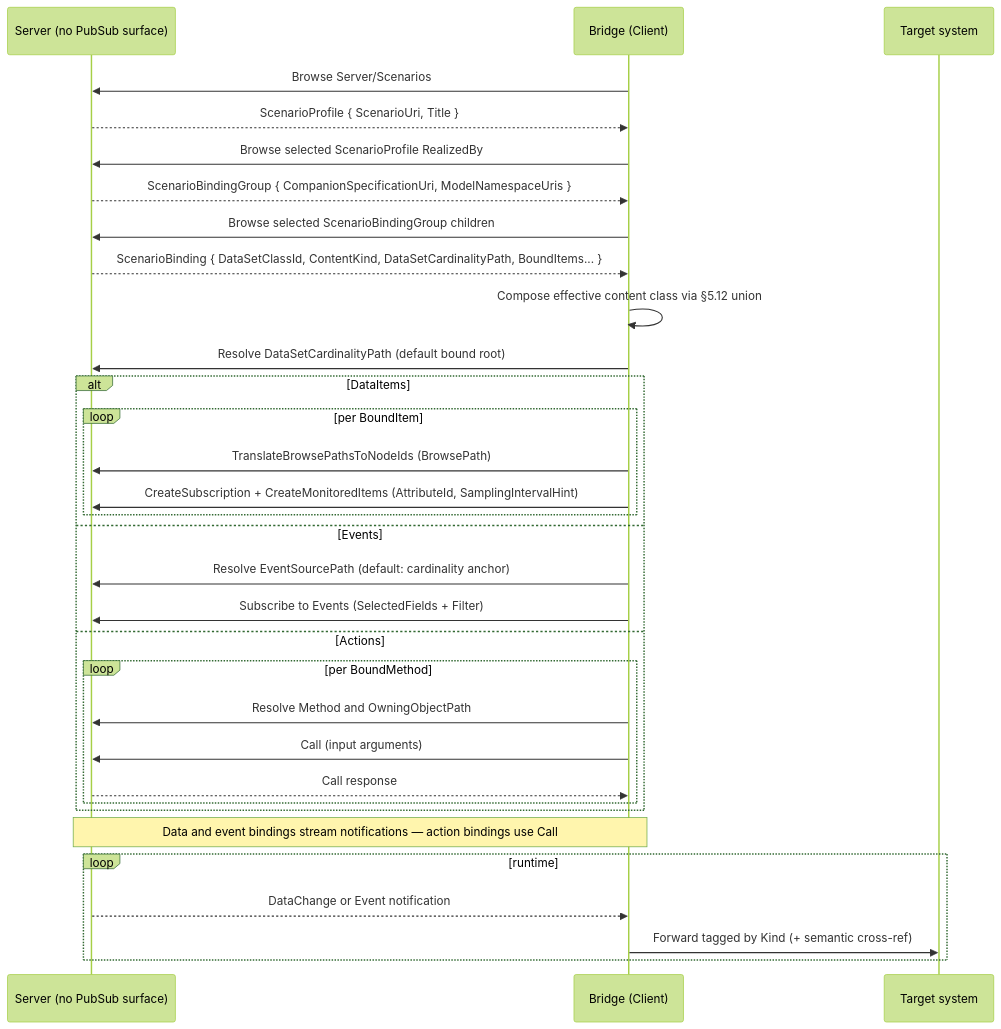
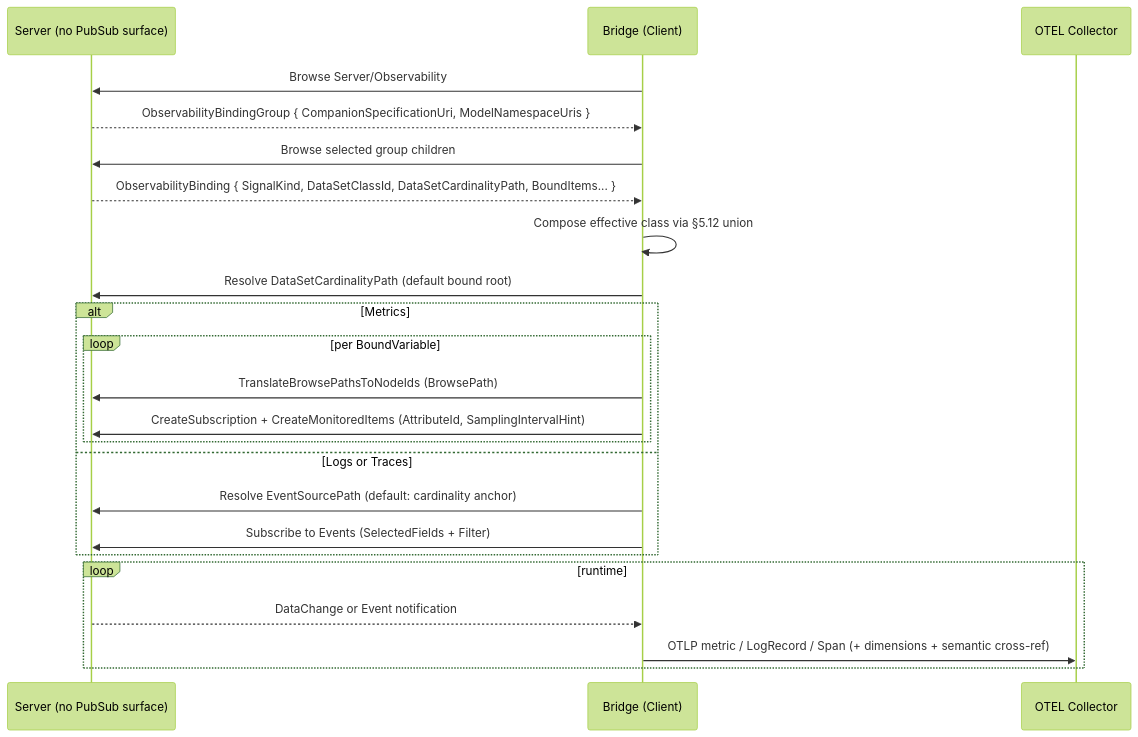
The fourth of 5 diagrams in core-specs/observability-export/OPC-UA-Observability-Export.md (marcschier/opcua-drafts), drawn with Mermaid (forest theme) before and after one commit. The commit also changed other lines of this file and 3 other files, not shown here.

````diff
--- a/core-specs/observability-export/OPC-UA-Observability-Export.md
+++ b/core-specs/observability-export/OPC-UA-Observability-Export.md
@@ -548,34 +438,25 @@
 ```mermaid
 sequenceDiagram
   participant S as Server (no PubSub surface)
   participant B as Bridge (Client)
-  participant X as Target system
-  B->>S: Browse Server/Scenarios
-  S-->>B: ScenarioProfile { ScenarioUri, Title }
-  B->>S: Browse selected ScenarioProfile RealizedBy
-  S-->>B: ScenarioBindingGroup { CompanionSpecificationUri, ModelNamespaceUris }
-  B->>S: Browse selected ScenarioBindingGroup children
-  S-->>B: ScenarioBinding { DataSetClassId, ContentKind, DataSetCardinalityPath, BoundItems... }
-  B->>B: Compose effective content class via §5.12 union
+  participant C as OTEL Collector
+  B->>S: Browse Server/Observability
+  S-->>B: ObservabilityBindingGroup { CompanionSpecificationUri, ModelNamespaceUris }
+  B->>S: Browse selected group children
+  S-->>B: ObservabilityBinding { SignalKind, DataSetClassId, DataSetCardinalityPath, BoundItems... }
+  B->>B: Compose effective class via §5.12 union
   B->>S: Resolve DataSetCardinalityPath (default bound root)
-  alt DataItems
-    loop per BoundItem
+  alt Metrics
+    loop per BoundVariable
       B->>S: TranslateBrowsePathsToNodeIds (BrowsePath)
       B->>S: CreateSubscription + CreateMonitoredItems (AttributeId, SamplingIntervalHint)
     end
-  else Events
+  else Logs or Traces
     B->>S: Resolve EventSourcePath (default: cardinality anchor)
     B->>S: Subscribe to Events (SelectedFields + Filter)
-  else Actions
-    loop per BoundMethod
-      B->>S: Resolve Method and OwningObjectPath
-      B->>S: Call (input arguments)
-      S-->>B: Call response
-    end
   end
-  Note over S,B: Data and event bindings stream notifications — action bindings use Call
   loop runtime
     S-->>B: DataChange or Event notification
-    B->>X: Forward tagged by Kind (+ semantic cross-ref)
+    B->>C: OTLP metric / LogRecord / Span (+ dimensions + semantic cross-ref)
   end
 ```
````
